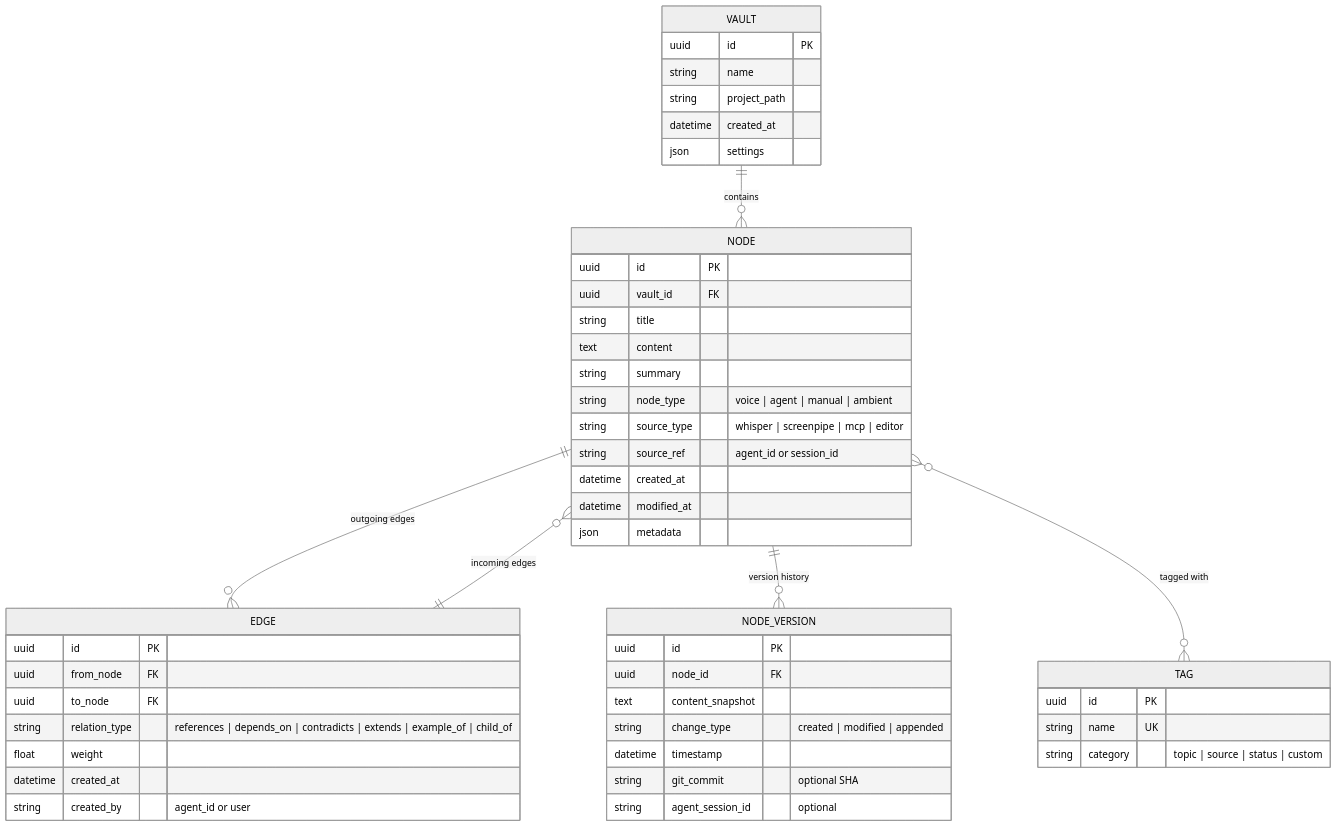
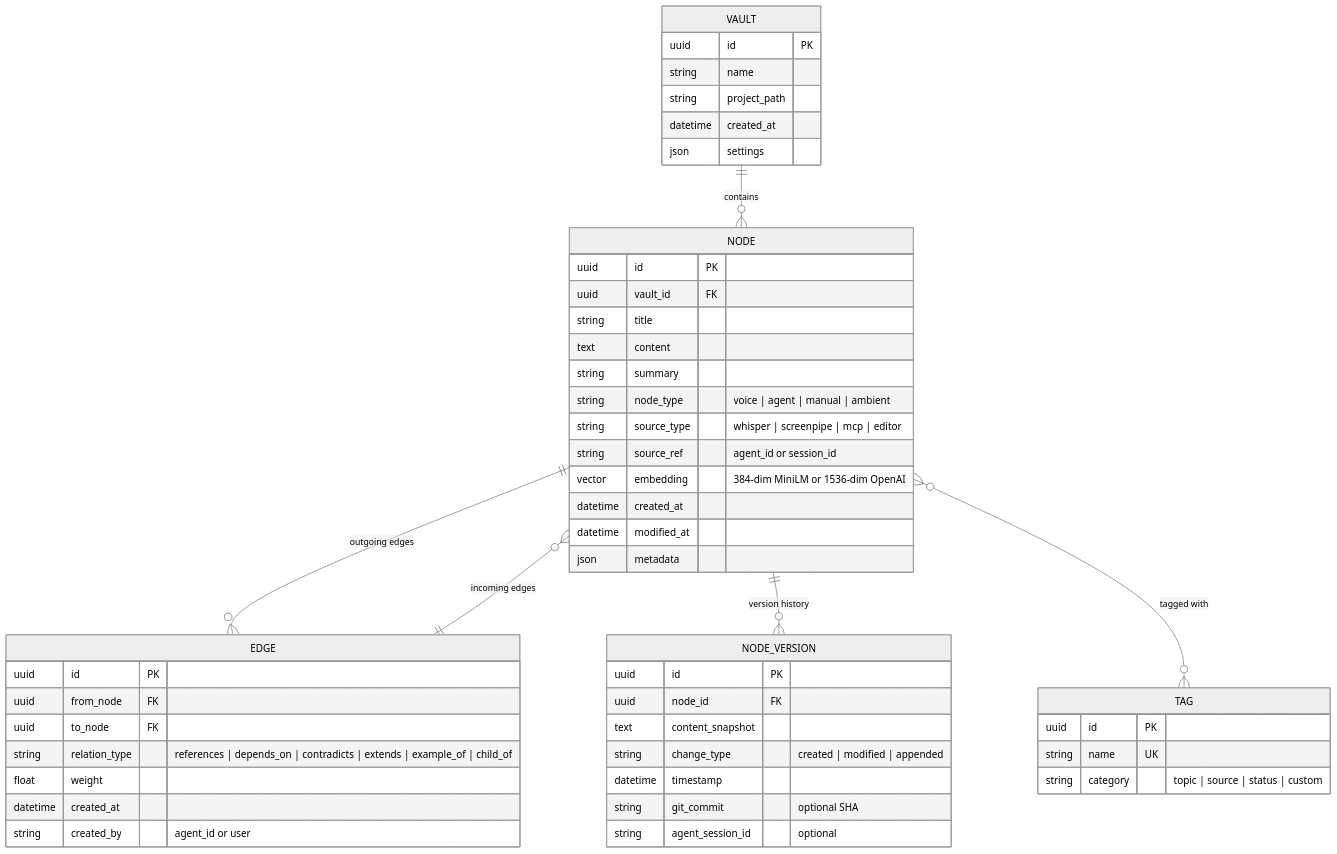
The fifth of 6 diagrams in ARCHITECTURE.md (Coldaine/voicetree), drawn with Mermaid (neutral theme) before and after one commit. The commit also changed other lines of this file and 9 other files, not shown here.

First line of the commit message:
docs: VoiceTree v2 architecture plan  FalkorDB, Sigma.js, 5-phase roadmap

````diff
--- a/ARCHITECTURE.md
+++ b/ARCHITECTURE.md
@@ -220,56 +220,57 @@
 ```mermaid
 erDiagram
     VAULT {
         uuid id PK
         string name
         string project_path
         datetime created_at
         json settings
     }
 
     NODE {
         uuid id PK
         uuid vault_id FK
         string title
         text content
         string summary
         string node_type "voice | agent | manual | ambient"
         string source_type "whisper | screenpipe | mcp | editor"
         string source_ref "agent_id or session_id"
+        vector embedding "384-dim MiniLM or 1536-dim OpenAI"
         datetime created_at
         datetime modified_at
         json metadata
     }
 
     TAG {
         uuid id PK
         string name UK
         string category "topic | source | status | custom"
     }
 
     EDGE {
         uuid id PK
         uuid from_node FK
         uuid to_node FK
         string relation_type "references | depends_on | contradicts | extends | example_of | child_of"
         float weight
         datetime created_at
         string created_by "agent_id or user"
     }
 
     NODE_VERSION {
         uuid id PK
         uuid node_id FK
         text content_snapshot
         string change_type "created | modified | appended"
         datetime timestamp
         string git_commit "optional SHA"
         string agent_session_id "optional"
     }
 
     VAULT ||--o{ NODE : "contains"
     NODE ||--o{ EDGE : "outgoing edges"
     NODE }o--|| EDGE : "incoming edges"
     NODE ||--o{ NODE_VERSION : "version history"
     NODE }o--o{ TAG : "tagged with"
 ```
````
